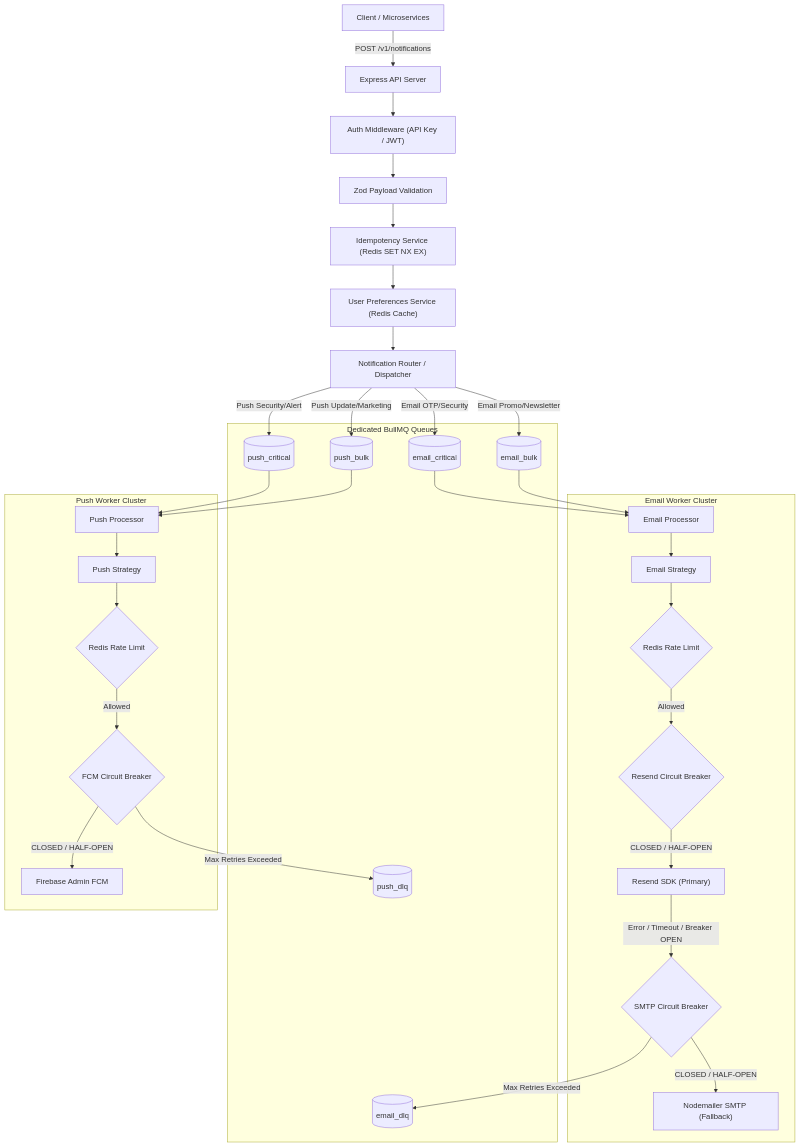
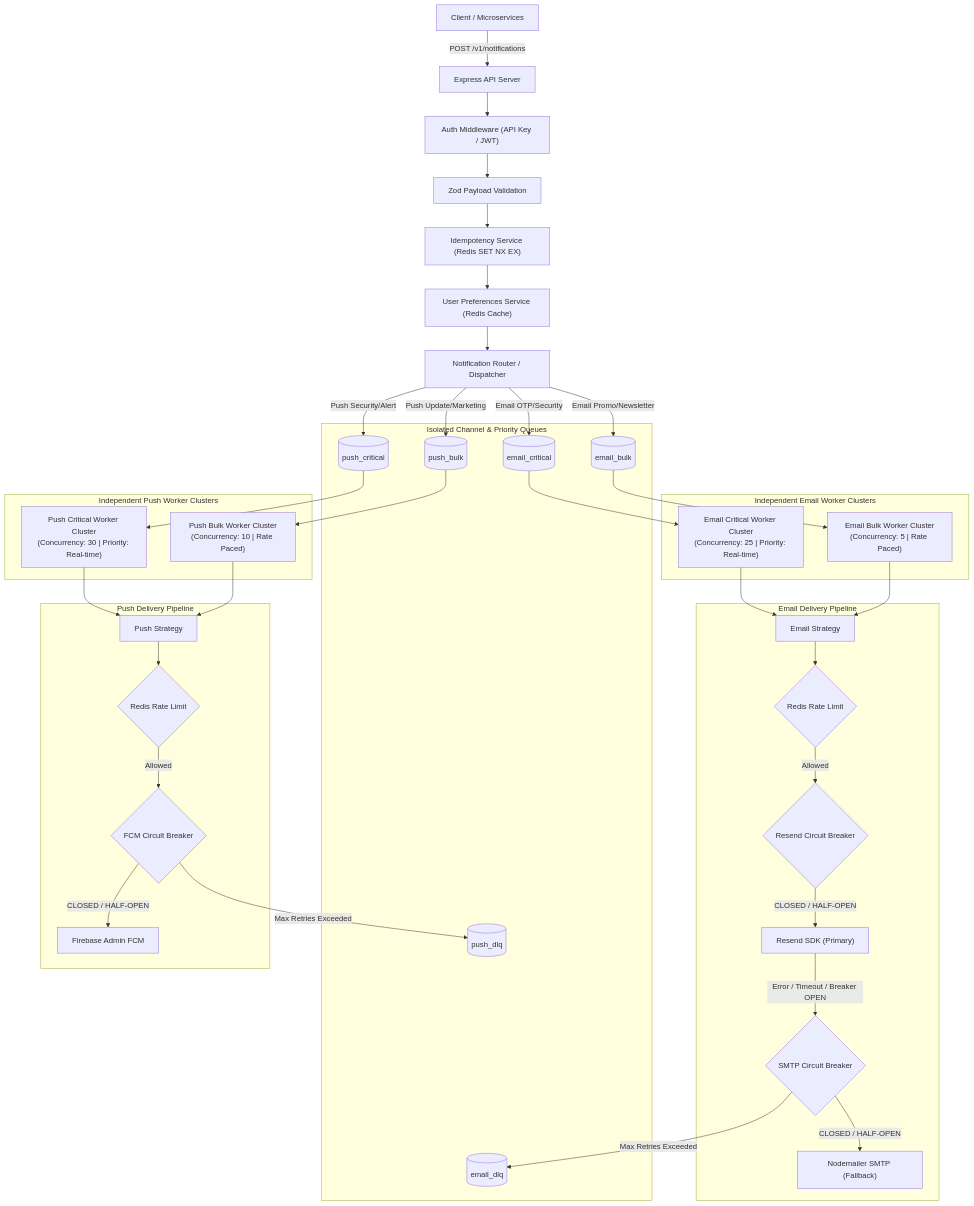
Before and after one commit to rishank-kesarwani/notification-service: the first of 3 diagrams in README.md, drawn with Mermaid. The commit also changed other lines of this file and 10 other files, not shown here.

````diff
--- a/README.md
+++ b/README.md
@@ -36,46 +36,70 @@
 ```mermaid
 flowchart TD
     Client["Client / Microservices"] -->|POST /v1/notifications| API["Express API Server"]
     API --> Auth["Auth Middleware (API Key / JWT)"]
     Auth --> Val["Zod Payload Validation"]
     Val --> Idem["Idempotency Service (Redis SET NX EX)"]
     Idem --> Pref["User Preferences Service (Redis Cache)"]
     Pref --> Router["Notification Router / Dispatcher"]
     
-    subgraph Queues ["Dedicated BullMQ Queues"]
+    subgraph Queues ["Isolated Channel & Priority Queues"]
         ECQ[("email_critical")]
         EBQ[("email_bulk")]
         PCQ[("push_critical")]
         PBQ[("push_bulk")]
         EDLQ[("email_dlq")]
         PDLQ[("push_dlq")]
     end
 
     Router -->|Email OTP/Security| ECQ
     Router -->|Email Promo/Newsletter| EBQ
     Router -->|Push Security/Alert| PCQ
     Router -->|Push Update/Marketing| PBQ
 
-    subgraph EmailWorkers ["Email Worker Cluster"]
-        EW["Email Processor"] --> ES["Email Strategy"]
-        ES --> ERL{"Redis Rate Limit"}
-        ERL -->|Allowed| ECB{"Resend Circuit Breaker"}
-        ECB -->|CLOSED / HALF-OPEN| Resend["Resend SDK (Primary)"]
-        Resend -->|Error / Timeout / Breaker OPEN| SCB{"SMTP Circuit Breaker"}
-        SCB -->|CLOSED / HALF-OPEN| SMTP["Nodemailer SMTP (Fallback)"]
-        SCB -->|Max Retries Exceeded| EDLQ
+    subgraph EmailWorkers ["Independent Email Worker Clusters"]
+        ECW["Email Critical Worker Cluster<br/>(Concurrency: 25 | Priority: Real-time)"]
+        EBW["Email Bulk Worker Cluster<br/>(Concurrency: 5 | Rate Paced)"]
     end
 
-    subgraph PushWorkers ["Push Worker Cluster"]
-        PW["Push Processor"] --> PS["Push Strategy"]
-        PS --> PRL{"Redis Rate Limit"}
-        PRL -->|Allowed| FCB{"FCM Circuit Breaker"}
-        FCB -->|CLOSED / HALF-OPEN| FCM["Firebase Admin FCM"]
-        FCB -->|Max Retries Exceeded| PDLQ
+    subgraph PushWorkers ["Independent Push Worker Clusters"]
+        PCW["Push Critical Worker Cluster<br/>(Concurrency: 30 | Priority: Real-time)"]
+        PBW["Push Bulk Worker Cluster<br/>(Concurrency: 10 | Rate Paced)"]
     end
 
-    ECQ --> EW
-    EBQ --> EW
-    PCQ --> PW
-    PBQ --> PW
+    ECQ --> ECW
+    EBQ --> EBW
+    PCQ --> PCW
+    PBQ --> PBW
+
+    subgraph EmailProviders ["Email Delivery Pipeline"]
+        ES["Email Strategy"]
+        ERL{"Redis Rate Limit"}
+        ECB{"Resend Circuit Breaker"}
+        Resend["Resend SDK (Primary)"]
+        SCB{"SMTP Circuit Breaker"}
+        SMTP["Nodemailer SMTP (Fallback)"]
+    end
+
+    subgraph PushProviders ["Push Delivery Pipeline"]
+        PS["Push Strategy"]
+        PRL{"Redis Rate Limit"}
+        FCB{"FCM Circuit Breaker"}
+        FCM["Firebase Admin FCM"]
+    end
+
+    ECW --> ES
+    EBW --> ES
+    ES --> ERL
+    ERL -->|Allowed| ECB
+    ECB -->|CLOSED / HALF-OPEN| Resend
+    Resend -->|Error / Timeout / Breaker OPEN| SCB
+    SCB -->|CLOSED / HALF-OPEN| SMTP
+    SCB -->|Max Retries Exceeded| EDLQ
+
+    PCW --> PS
+    PBW --> PS
+    PS --> PRL
+    PRL -->|Allowed| FCB
+    FCB -->|CLOSED / HALF-OPEN| FCM
+    FCB -->|Max Retries Exceeded| PDLQ
 ```
````
